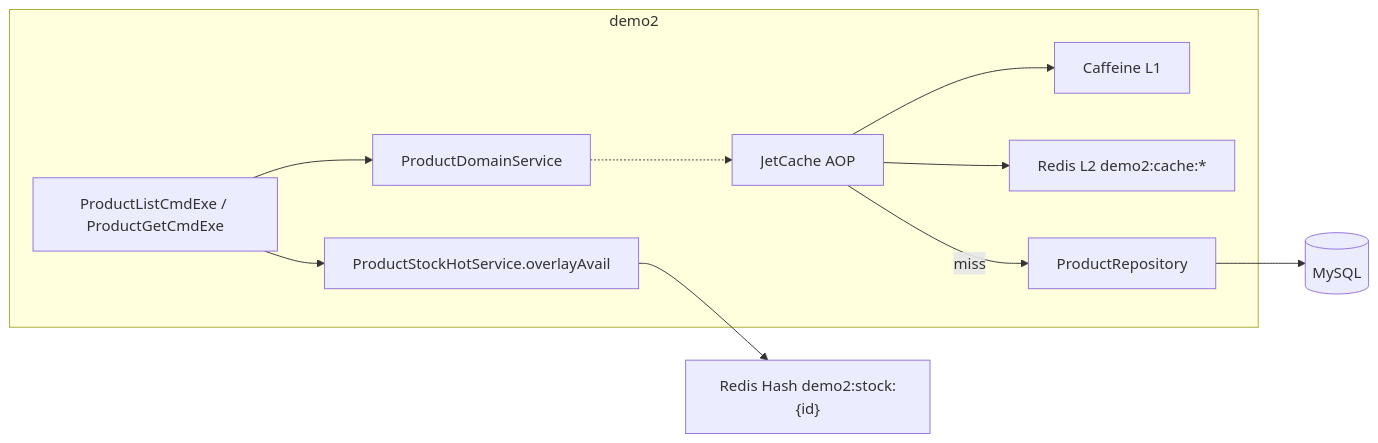
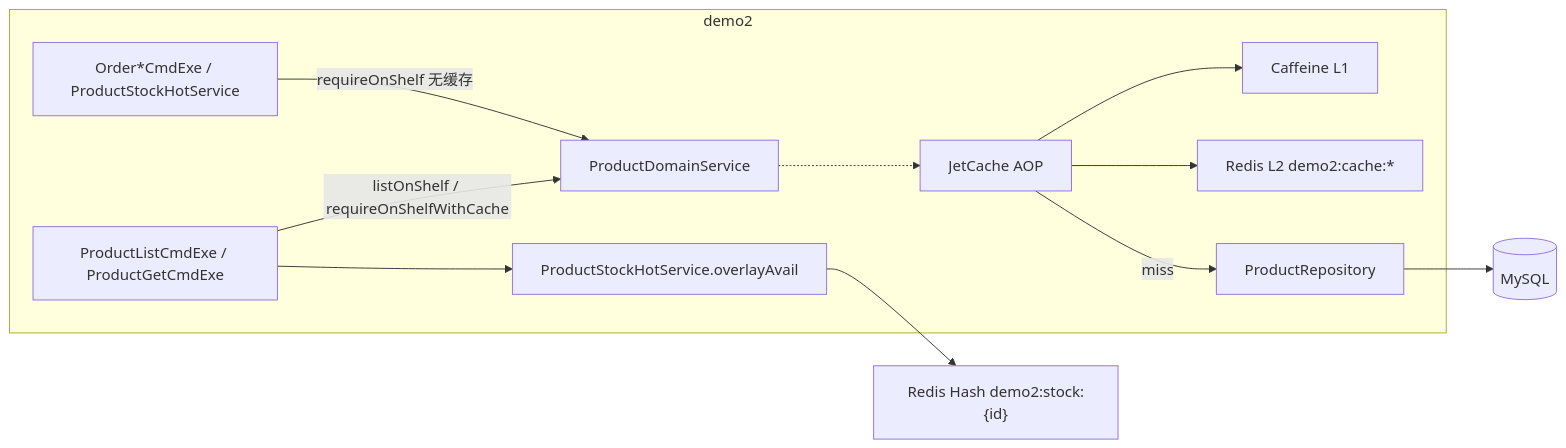
The diagram in demo2/docs/superpowers/specs/2026-08-29-jetcache-caffeine-redis-cache-design.md (jasonsoso/spring-ai-demo), drawn with Mermaid before and after one commit. The commit also changed other lines of this file, not shown here.

Commit message:
docs(cache): cache product detail via requireOnShelfWithCache only

````diff
--- a/demo2/docs/superpowers/specs/2026-08-29-jetcache-caffeine-redis-cache-design.md
+++ b/demo2/docs/superpowers/specs/2026-08-29-jetcache-caffeine-redis-cache-design.md
@@ -78,18 +71,20 @@
 ```mermaid
 flowchart LR
   subgraph App["demo2"]
     EXE["ProductListCmdExe / ProductGetCmdExe"]
+    ORD["Order*CmdExe / ProductStockHotService"]
     DS["ProductDomainService"]
     JC["JetCache AOP"]
     L1["Caffeine L1"]
     OV["ProductStockHotService.overlayAvail"]
-    EXE --> DS
+    EXE -->|listOnShelf / requireOnShelfWithCache| DS
+    ORD -->|requireOnShelf 无缓存| DS
     DS -.-> JC
     JC --> L1
     JC --> L2["Redis L2 demo2:cache:*"]
     JC -->|miss| REPO["ProductRepository"]
     EXE --> OV
   end
   REPO --> MySQL[(MySQL)]
   OV --> HASH["Redis Hash demo2:stock:{id}"]
 ```
````
